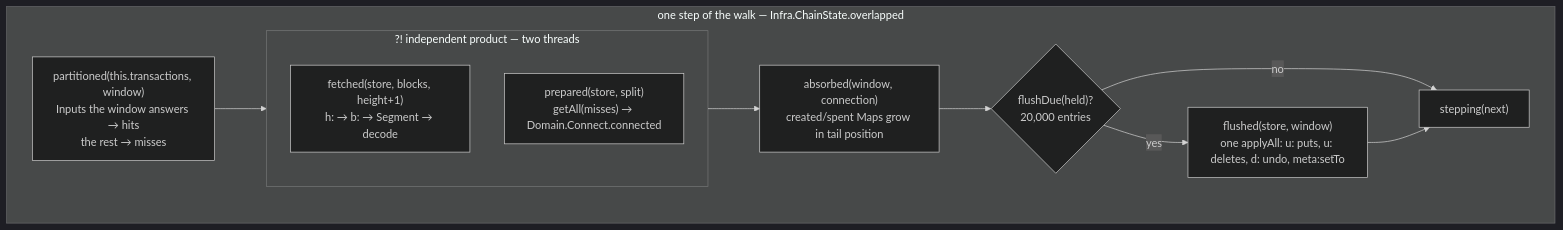
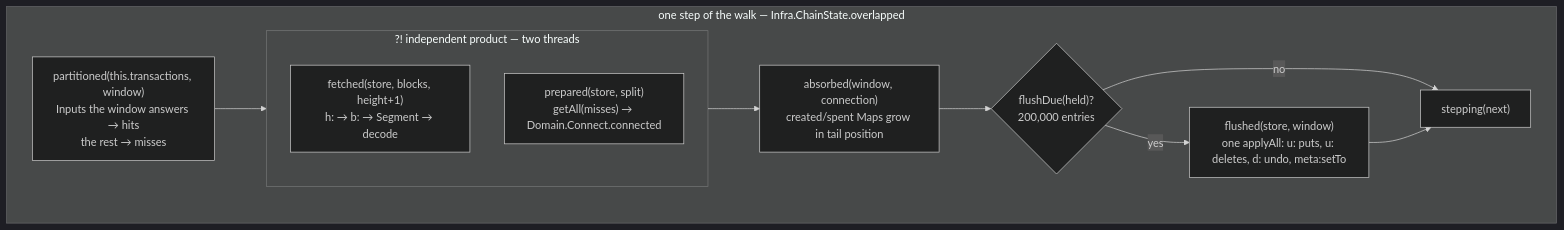
One commit to n1bor/btc-listener changed the fifth of 7 diagrams in docs/architecture.md. Above: the diagram before and after it, drawn with Mermaid (dark theme). The commit also changed other lines of this file and 3 other files, not shown here.

````diff
--- a/docs/architecture.md
+++ b/docs/architecture.md
@@ -313,15 +313,15 @@
 ```mermaid
 flowchart TB
     subgraph step ["one step of the walk — Infra.ChainState.overlapped"]
         part["partitioned(this.transactions, window)<br/>Inputs the window answers → hits<br/>the rest → misses"]
         part --> prod
         subgraph prod ["?! independent product — two threads"]
             fetch["fetched(store, blocks, height+1)<br/>h: → b: → Segment → decode"]
             prep["prepared(store, split)<br/>getAll(misses) → Domain.Connect.connected"]
         end
         prod --> absorb["absorbed(window, connection)<br/>created/spent Maps grow in tail position"]
-        absorb --> due{"flushDue(held)?<br/>20,000 entries"}
+        absorb --> due{"flushDue(held)?<br/>200,000 entries"}
         due -- no --> next["stepping(next)"]
         due -- yes --> flush["flushed(store, window)<br/>one applyAll: u: puts, u: deletes, d: undo, meta:setTo"] --> next
     end
 ```
````
